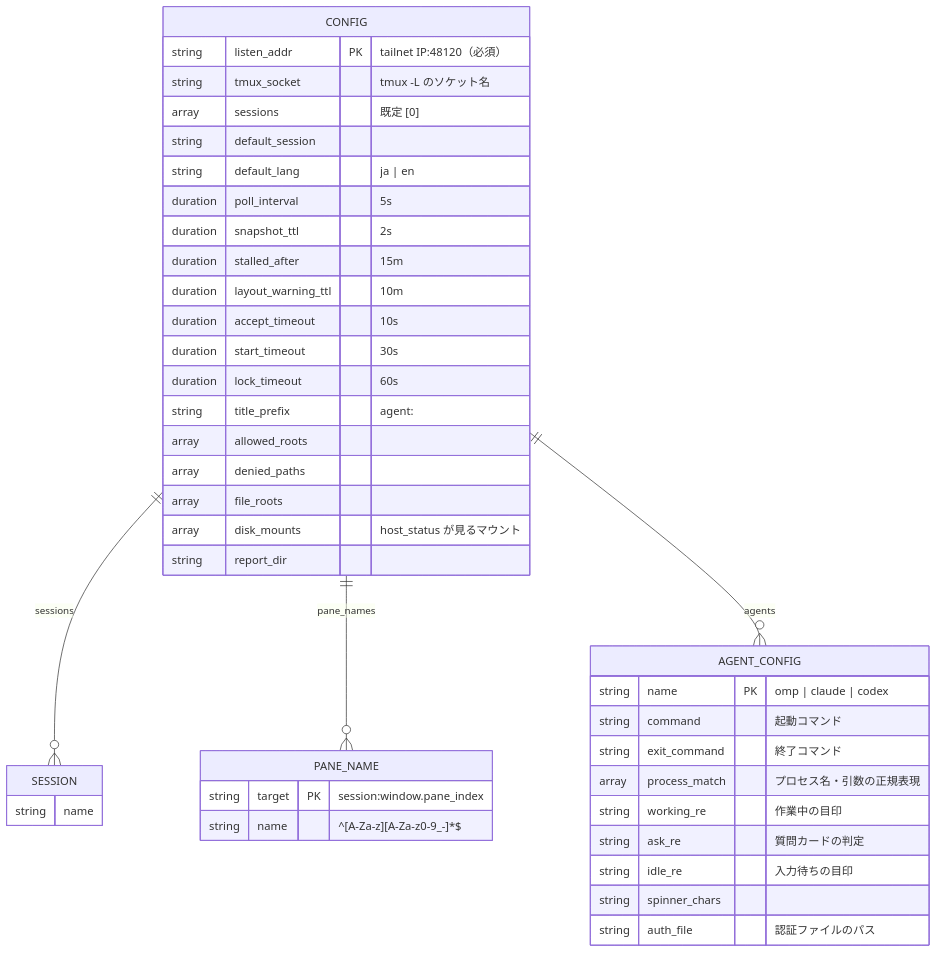
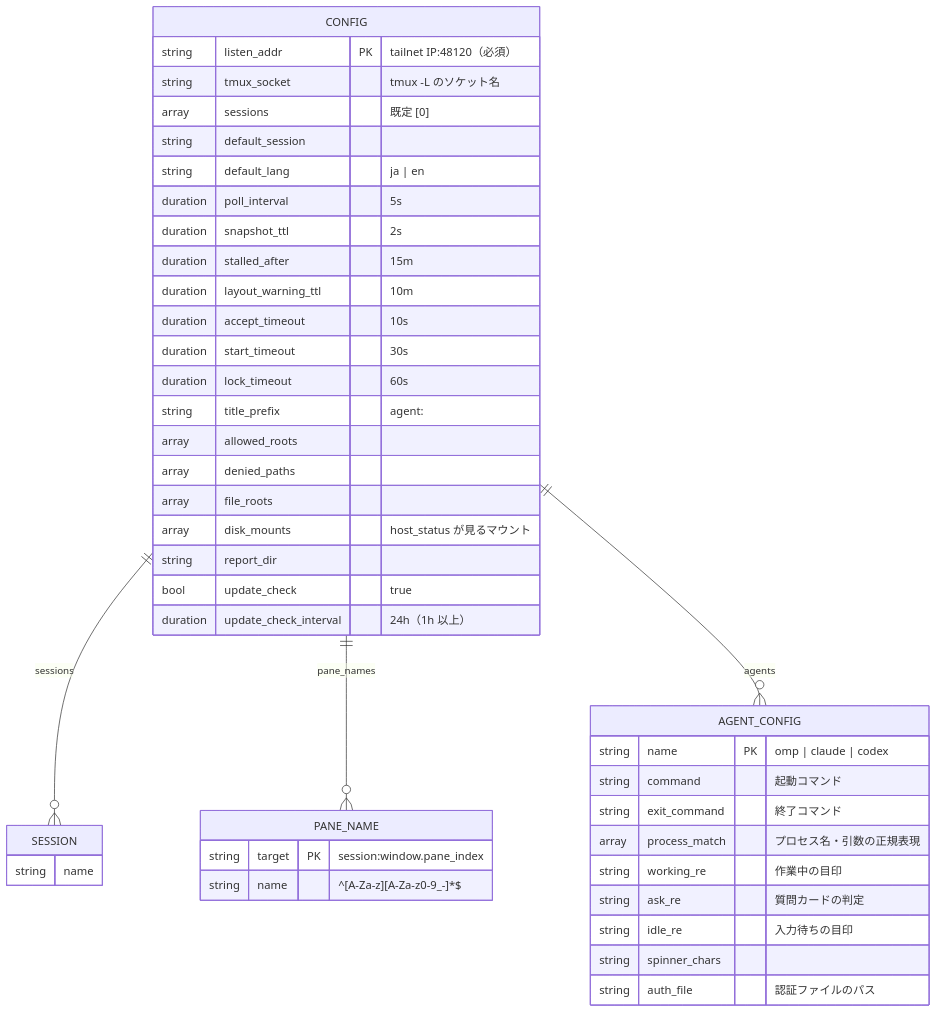
Before and after one commit to ousiassllc/swarm-console: the eighth of 9 diagrams in docs/architecture/er.md, drawn with Mermaid. The commit also changed other lines of this file and 5 other files, not shown here.

````diff
--- a/docs/architecture/er.md
+++ b/docs/architecture/er.md
@@ -315,45 +315,47 @@
 ```mermaid
 erDiagram
     CONFIG ||--o{ SESSION : "sessions"
     CONFIG ||--o{ PANE_NAME : "pane_names"
     CONFIG ||--o{ AGENT_CONFIG : "agents"
 
     CONFIG {
         string listen_addr PK "tailnet IP:48120（必須）"
         string tmux_socket "tmux -L のソケット名"
         array sessions "既定 [0]"
         string default_session
         string default_lang "ja | en"
         duration poll_interval "5s"
         duration snapshot_ttl "2s"
         duration stalled_after "15m"
         duration layout_warning_ttl "10m"
         duration accept_timeout "10s"
         duration start_timeout "30s"
         duration lock_timeout "60s"
         string title_prefix "agent: "
         array allowed_roots
         array denied_paths
         array file_roots
         array disk_mounts "host_status が見るマウント"
         string report_dir
+        bool update_check "true"
+        duration update_check_interval "24h（1h 以上）"
     }
     SESSION {
         string name
     }
     PANE_NAME {
         string target PK "session:window.pane_index"
         string name "^[A-Za-z][A-Za-z0-9_-]*$"
     }
     AGENT_CONFIG {
         string name PK "omp | claude | codex"
         string command "起動コマンド"
         string exit_command "終了コマンド"
         array process_match "プロセス名・引数の正規表現"
         string working_re "作業中の目印"
         string ask_re "質問カードの判定"
         string idle_re "入力待ちの目印"
         string spinner_chars
         string auth_file "認証ファイルのパス"
     }
 ```
````
